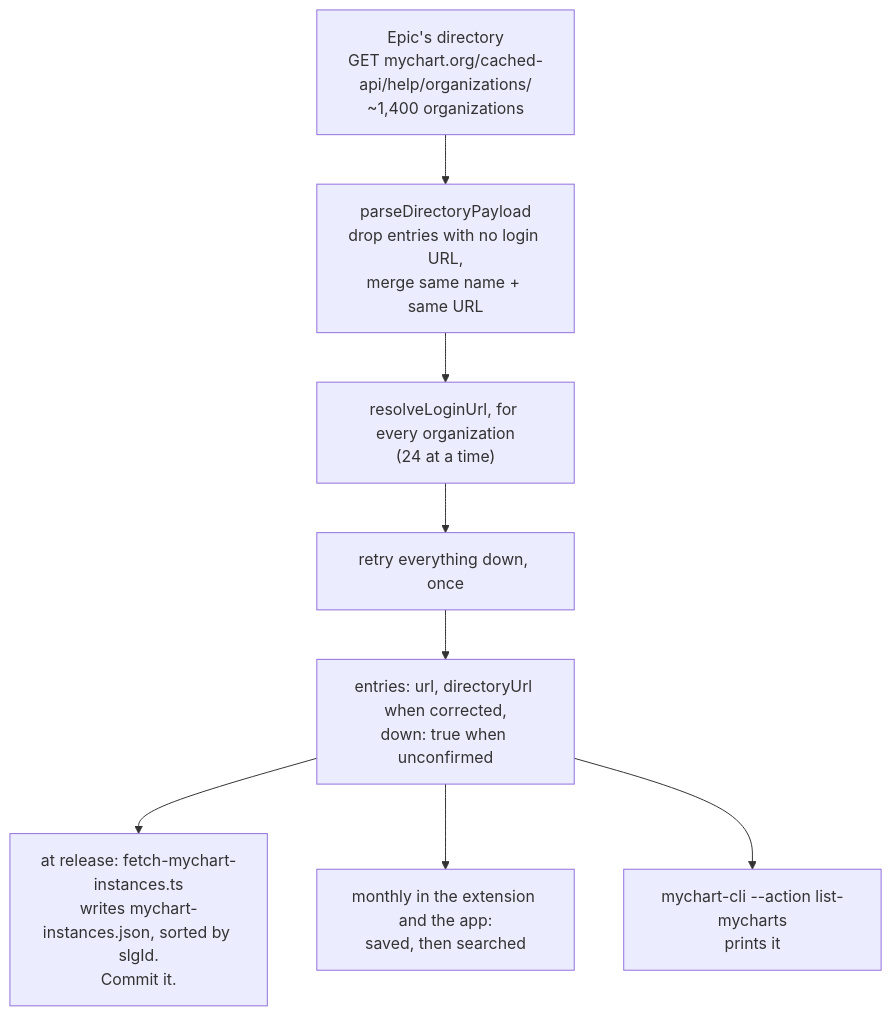
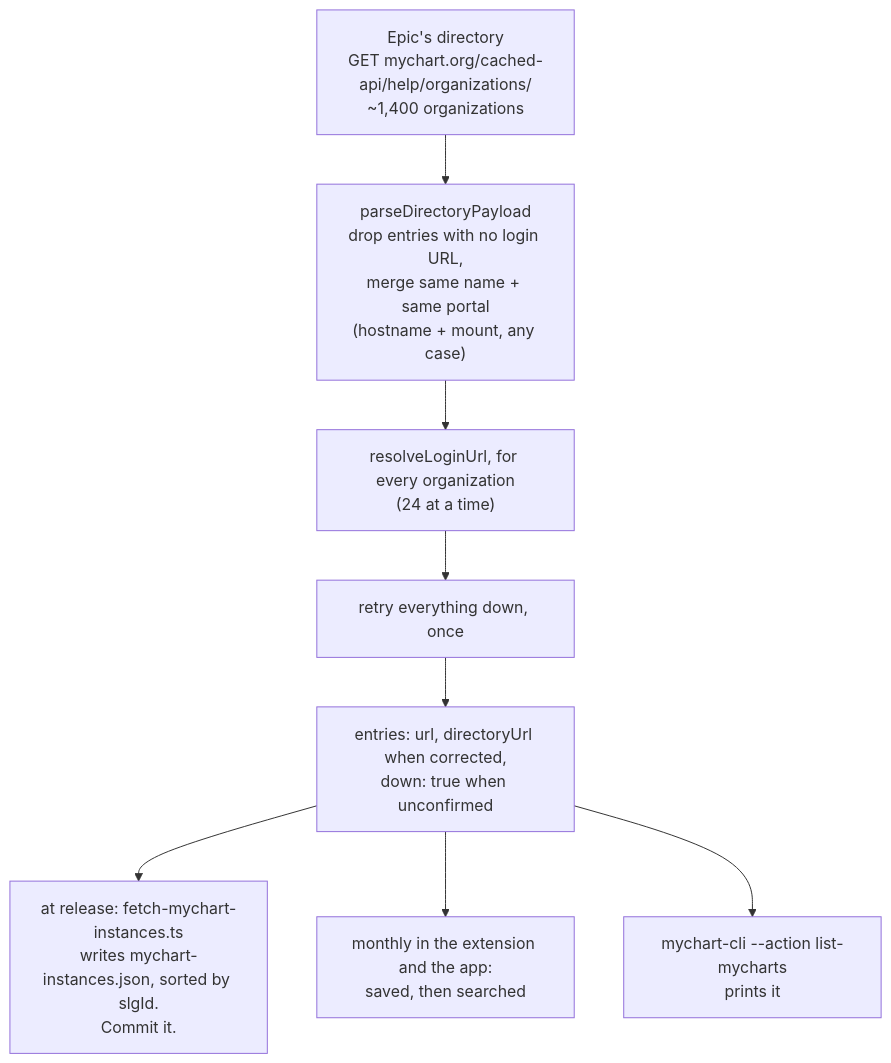
One commit to Fan-Pier-Labs/openrecord changed the second of 3 diagrams in scrapers/list-all-mycharts/HOW-IT-WORKS.md. Above: the diagram before and after it, drawn with Mermaid. The commit also changed 3 other files, not shown here.

First line of the commit message:
Key directory duplicates on name plus portal (hostname + mount)

````diff
--- a/scrapers/list-all-mycharts/HOW-IT-WORKS.md
+++ b/scrapers/list-all-mycharts/HOW-IT-WORKS.md
@@ -27,12 +27,12 @@
 ```mermaid
 flowchart TD
     epic["Epic's directory<br/>GET mychart.org/cached-api/help/organizations/<br/>~1,400 organizations"]
-    epic --> parse["parseDirectoryPayload<br/>drop entries with no login URL,<br/>merge same name + same URL"]
+    epic --> parse["parseDirectoryPayload<br/>drop entries with no login URL,<br/>merge same name + same portal<br/>(hostname + mount, any case)"]
     parse --> each["resolveLoginUrl, for every organization<br/>(24 at a time)"]
     each --> retry["retry everything down, once"]
     retry --> out["entries: url, directoryUrl when corrected,<br/>down: true when unconfirmed"]
 
     out --> release["at release: fetch-mychart-instances.ts<br/>writes mychart-instances.json, sorted by slgId.<br/>Commit it."]
     out --> monthly["monthly in the extension and the app:<br/>saved, then searched"]
     out --> cli["mychart-cli --action list-mycharts<br/>prints it"]
 ```
````
